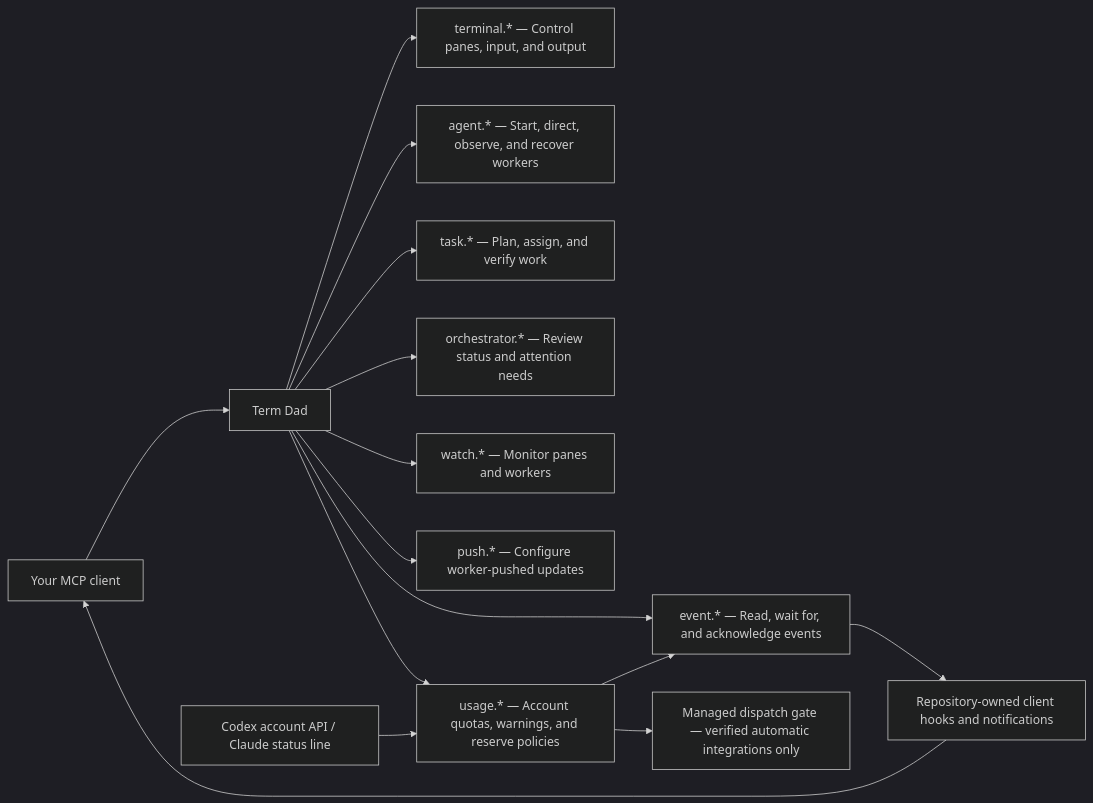
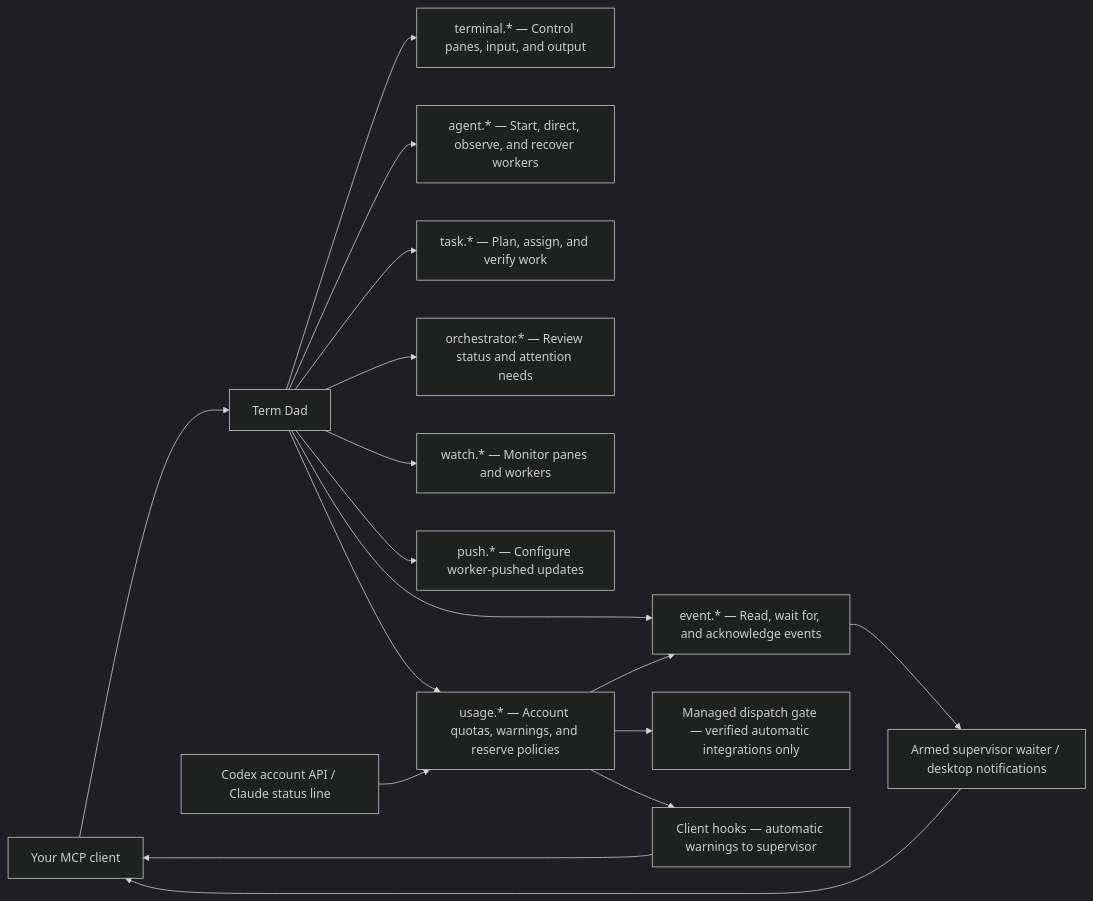
One commit to ZakYeo/TermDad changed the diagram in README.md. Above: the diagram before and after it, drawn with Mermaid (dark theme). The commit also changed other lines of this file and 11 other files, not shown here.

````diff
--- a/README.md
+++ b/README.md
@@ -76,17 +76,19 @@
 ```mermaid
 flowchart LR
     Client["Your MCP client"] --> Dad["Term Dad"]
     Dad --> Terminal["terminal.* — Control panes, input, and output"]
     Dad --> Agents["agent.* — Start, direct, observe, and recover workers"]
     Dad --> Tasks["task.* — Plan, assign, and verify work"]
     Dad --> Supervisor["orchestrator.* — Review status and attention needs"]
     Dad --> Watches["watch.* — Monitor panes and workers"]
     Dad --> Events["event.* — Read, wait for, and acknowledge events"]
     Dad --> Push["push.* — Configure worker-pushed updates"]
     Dad --> Usage["usage.* — Account quotas, warnings, and reserve policies"]
     Sources["Codex account API / Claude status line"] --> Usage
     Usage --> Events
     Usage --> Gate["Managed dispatch gate — verified automatic integrations only"]
-    Events --> Hooks["Repository-owned client hooks and notifications"]
+    Usage --> Hooks["Client hooks — automatic warnings to supervisor"]
+    Events --> Wake["Armed supervisor waiter / desktop notifications"]
     Hooks --> Client
+    Wake --> Client
 ```
````
